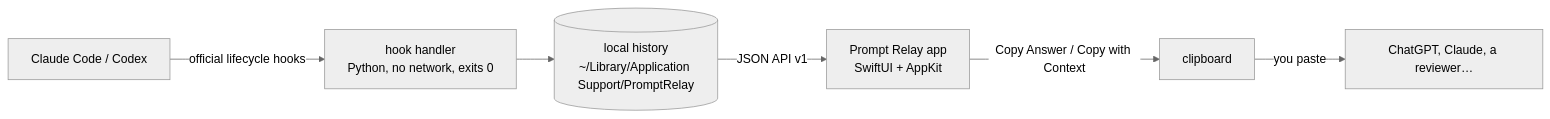
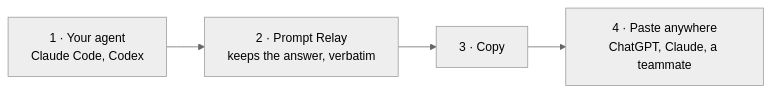
The diagram in README.md (Banderos14/BearlyCopy), drawn with Mermaid (neutral theme) before and after one commit. The commit also changed other lines of this file and 7 other files, not shown here.

````diff
--- a/README.md
+++ b/README.md
@@ -29,8 +30,6 @@
 ```mermaid
 flowchart LR
-  A[Claude Code / Codex] -- official lifecycle hooks --> H[hook handler<br/>Python, no network, exits 0]
-  H --> S[(local history<br/>~/Library/Application Support/PromptRelay)]
-  S -- JSON API v1 --> P[Prompt Relay app<br/>SwiftUI + AppKit]
-  P -- Copy Answer / Copy with Context --> C[clipboard]
-  C -- you paste --> R[ChatGPT, Claude, a reviewer…]
+  A["1 · Your agent<br/>Claude Code, Codex"] --> B["2 · Prompt Relay<br/>keeps the answer, verbatim"]
+  B --> C["3 · Copy"]
+  C --> D["4 · Paste anywhere<br/>ChatGPT, Claude, a teammate"]
 ```
````
